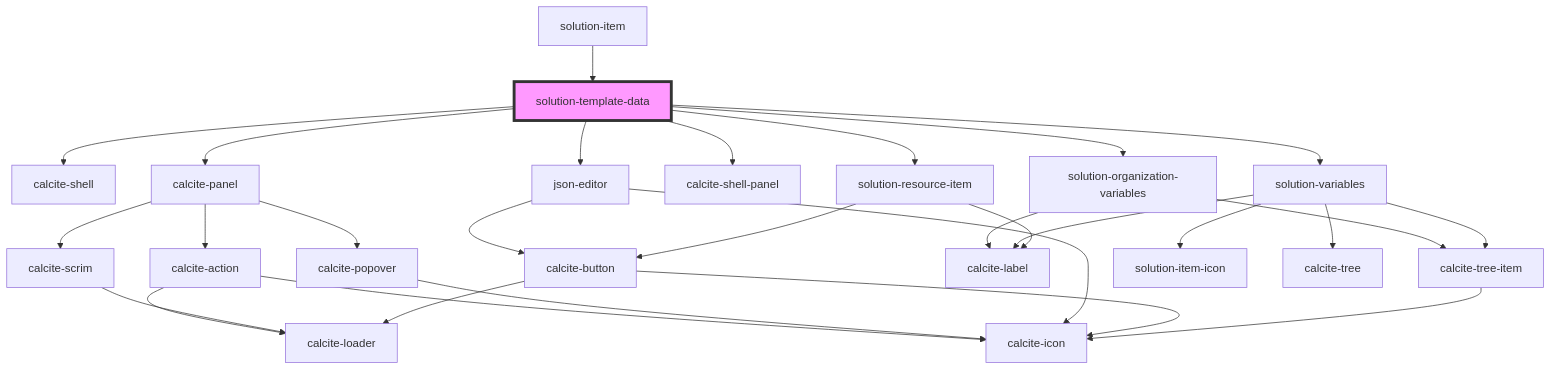
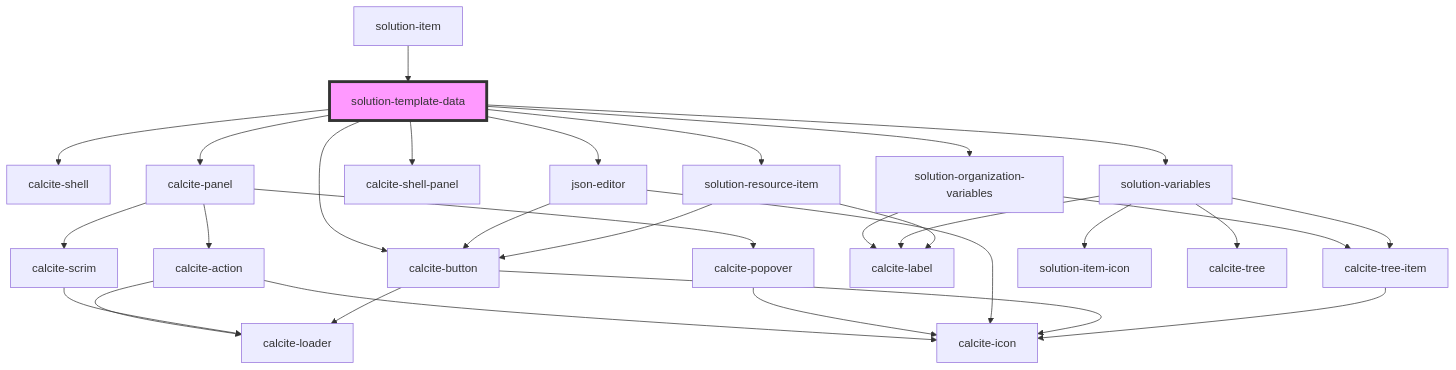
One commit to Esri/solutions-components changed the diagram in src/components/solution-template-data/readme.md. Above: the diagram before and after it, drawn with Mermaid. The commit also changed other lines of this file and 9 other files, not shown here.

````diff
--- a/src/components/solution-template-data/readme.md
+++ b/src/components/solution-template-data/readme.md
@@ -38,32 +40,33 @@
 ```mermaid
 graph TD;
   solution-template-data --> calcite-shell
   solution-template-data --> calcite-panel
   solution-template-data --> json-editor
   solution-template-data --> calcite-shell-panel
+  solution-template-data --> calcite-button
   solution-template-data --> solution-organization-variables
   solution-template-data --> solution-variables
   solution-template-data --> solution-resource-item
   calcite-panel --> calcite-action
   calcite-panel --> calcite-popover
   calcite-panel --> calcite-scrim
   calcite-action --> calcite-loader
   calcite-action --> calcite-icon
   calcite-popover --> calcite-icon
   calcite-scrim --> calcite-loader
   json-editor --> calcite-button
   json-editor --> calcite-icon
   calcite-button --> calcite-loader
   calcite-button --> calcite-icon
   solution-organization-variables --> calcite-label
   solution-organization-variables --> calcite-tree-item
   calcite-tree-item --> calcite-icon
   solution-variables --> calcite-label
   solution-variables --> calcite-tree-item
   solution-variables --> solution-item-icon
   solution-variables --> calcite-tree
   solution-resource-item --> calcite-label
   solution-resource-item --> calcite-button
   solution-item --> solution-template-data
   style solution-template-data fill:#f9f,stroke:#333,stroke-width:4px
 ```
````
